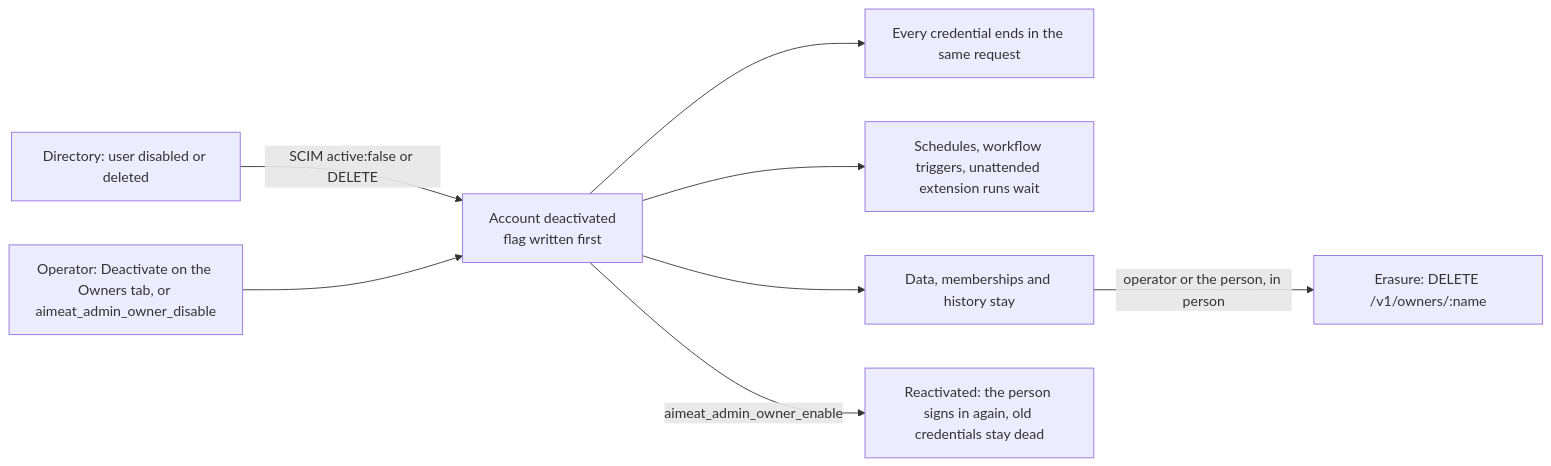
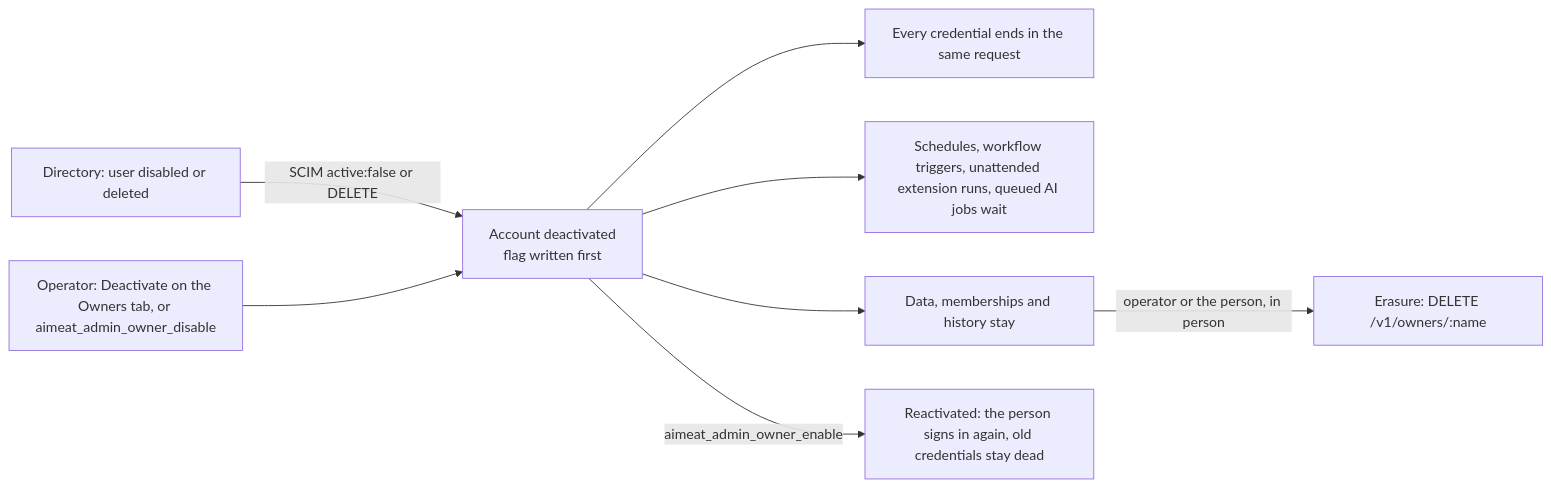
One commit to miikkij/aimeat-protocol changed the first of 2 diagrams in docs/it-adoption/04-identity-access.md. Above: the diagram before and after it, drawn with Mermaid. The commit also changed other lines of this file and 9 other files, not shown here.

````diff
--- a/docs/it-adoption/04-identity-access.md
+++ b/docs/it-adoption/04-identity-access.md
@@ -91,10 +91,10 @@
 ```mermaid
 flowchart LR
   idp["Directory: user disabled or deleted"] -->|SCIM active:false or DELETE| deact
   op["Operator: Deactivate on the Owners tab, or aimeat_admin_owner_disable"] --> deact
   deact["Account deactivated<br/>flag written first"] --> creds["Every credential ends in the same request"]
-  deact --> bg["Schedules, workflow triggers, unattended extension runs wait"]
+  deact --> bg["Schedules, workflow triggers, unattended extension runs, queued AI jobs wait"]
   deact --> data["Data, memberships and history stay"]
   data -->|operator or the person, in person| erase["Erasure: DELETE /v1/owners/:name"]
   deact -->|aimeat_admin_owner_enable| react["Reactivated: the person signs in again, old credentials stay dead"]
 ```
````
